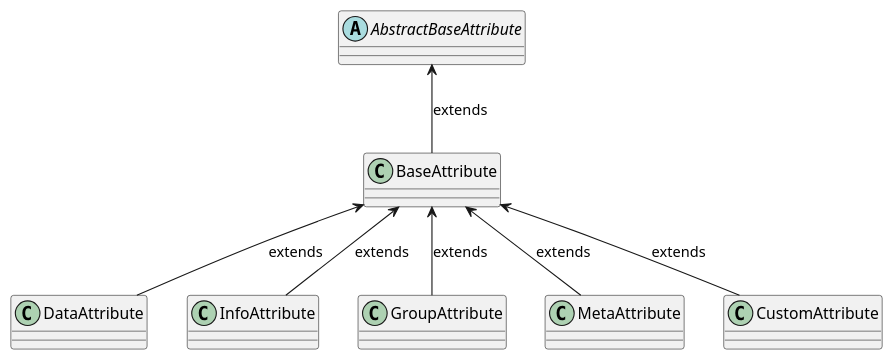
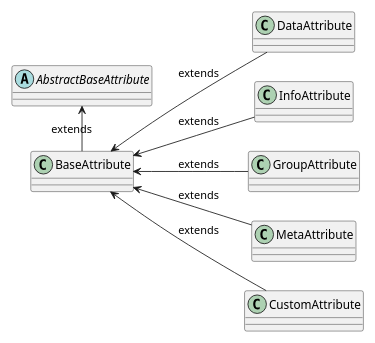
One commit to CZERTAINLY/CZERTAINLY-Documentation changed the second of 2 diagrams in docs/60-contributors/10-attributes/01-overview.md. Above: the diagram before and after it, drawn with PlantUML. The commit also changed other lines of this file and 2 other files, not shown here.

````diff
--- a/docs/60-contributors/10-attributes/01-overview.md
+++ b/docs/60-contributors/10-attributes/01-overview.md
@@ -72,17 +94,20 @@
 ```plantuml
 @startuml
+    scale 3/4
+    left to right direction
+    
     abstract AbstractBaseAttribute
     class BaseAttribute
     class DataAttribute
     class InfoAttribute
     class GroupAttribute
     class MetaAttribute
     class CustomAttribute
   
-    AbstractBaseAttribute <-- BaseAttribute : extends
+    AbstractBaseAttribute <-right- BaseAttribute : extends
     BaseAttribute <-- DataAttribute : extends
     BaseAttribute <-- InfoAttribute : extends
     BaseAttribute <-- GroupAttribute : extends
     BaseAttribute <-- MetaAttribute : extends
     BaseAttribute <-- CustomAttribute : extends
 ```
````
